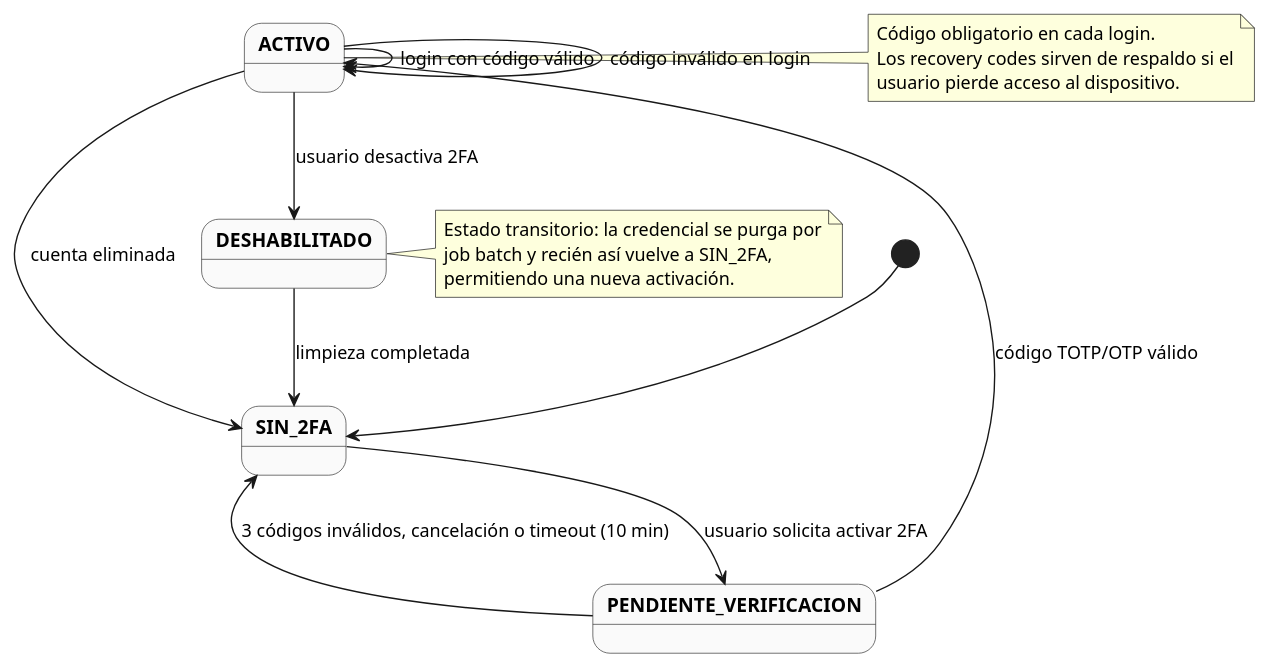
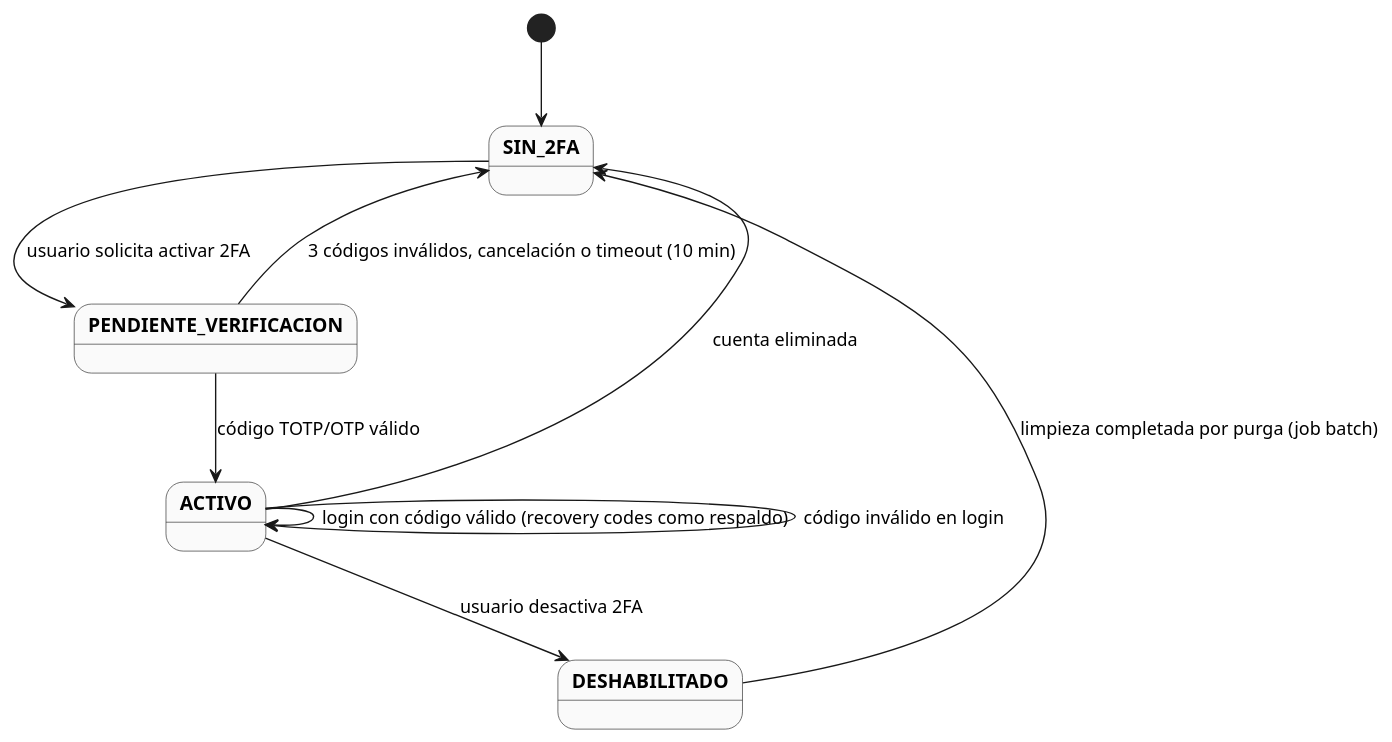
Before and after one commit to D4nitrix13/AtlasCommerce: the diagram in docs/uml/8.5.2-estado-2fa-simple.puml, drawn with PlantUML. The commit also changed 11 other files, not shown here.

First line of the commit message:
docs(uml): simplificar diagramas de clases, actividad y estados

```diff
--- a/docs/uml/8.5.2-estado-2fa-simple.puml
+++ b/docs/uml/8.5.2-estado-2fa-simple.puml
@@ -1,34 +1,22 @@
 @startuml 8.5.2 - Diagrama de Estados: Verificación 2FA
 skinparam state {
   BackgroundColor #FAFAFA
   BorderColor #333333
   FontStyle bold
 }
 
 [*] --> SIN_2FA
 
 SIN_2FA --> PENDIENTE_VERIFICACION : usuario solicita activar 2FA
 
 PENDIENTE_VERIFICACION --> ACTIVO : código TOTP/OTP válido
 PENDIENTE_VERIFICACION --> SIN_2FA : 3 códigos inválidos, cancelación o timeout (10 min)
 
-note right of ACTIVO
-  Código obligatorio en cada login.
-  Los recovery codes sirven de respaldo si el
-  usuario pierde acceso al dispositivo.
-end note
-
-ACTIVO --> ACTIVO : login con código válido
+ACTIVO --> ACTIVO : login con código válido (recovery codes como respaldo)
 ACTIVO --> ACTIVO : código inválido en login
 ACTIVO --> DESHABILITADO : usuario desactiva 2FA
 ACTIVO --> SIN_2FA : cuenta eliminada
 
-DESHABILITADO --> SIN_2FA : limpieza completada
-
-note right of DESHABILITADO
-  Estado transitorio: la credencial se purga por
-  job batch y recién así vuelve a SIN_2FA,
-  permitiendo una nueva activación.
-end note
+DESHABILITADO --> SIN_2FA : limpieza completada por purga (job batch)
 
 @enduml
```
